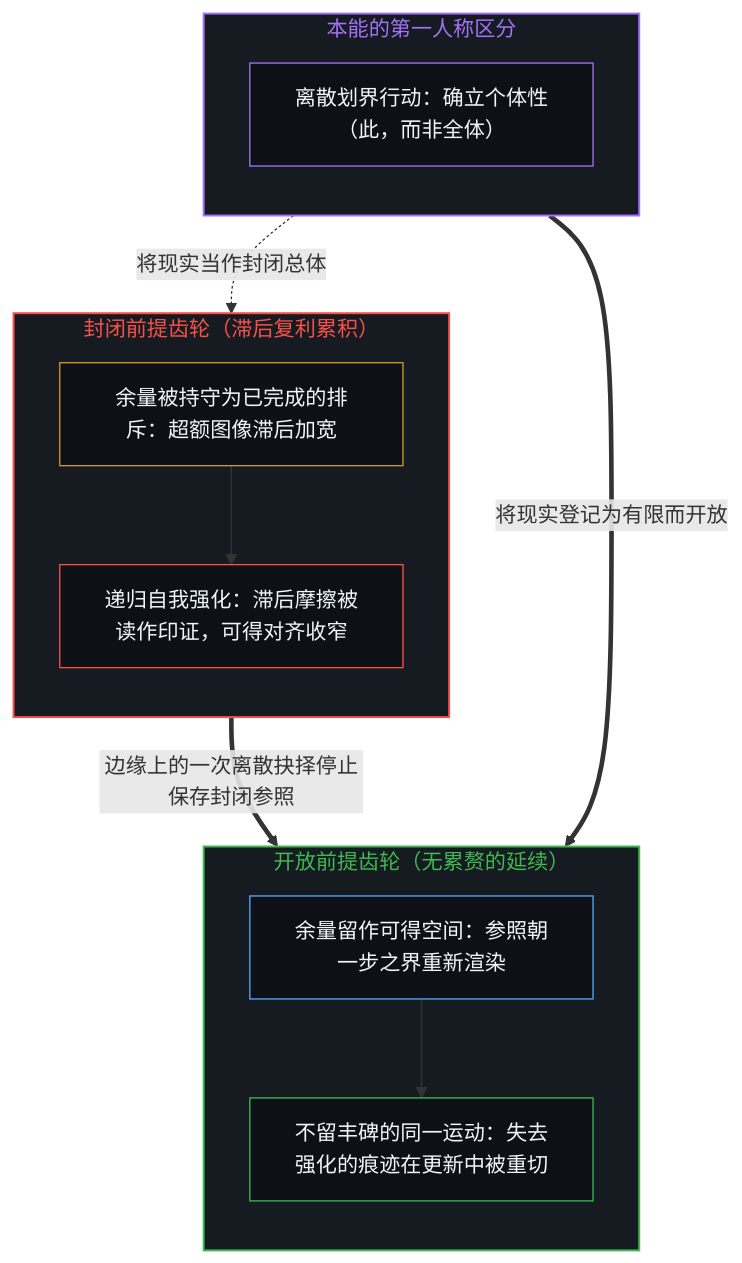
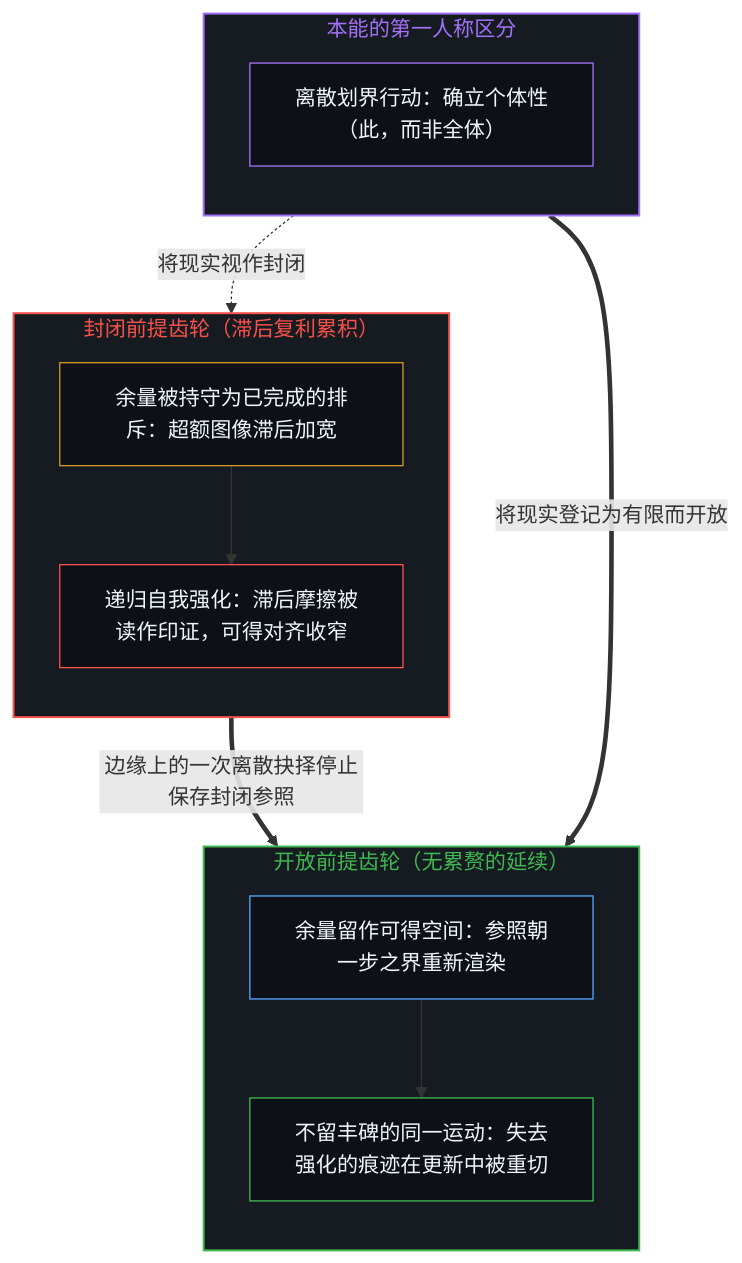
Before and after one commit to powerpig99/not-a-toe: the third of 4 diagrams in content/posts/differentiation-and-the-appearance-of-negation.md, drawn with Mermaid. The commit also changed other lines of this file and 4 other files, not shown here.

````diff
--- a/content/posts/differentiation-and-the-appearance-of-negation.md
+++ b/content/posts/differentiation-and-the-appearance-of-negation.md
@@ -123,30 +123,30 @@
 ```mermaid
 flowchart TD
     subgraph S_Act["本能的第一人称区分"]
         direction TB
         A_Cut["离散划界行动：确立个体性（此，而非全体）"]
     end
     subgraph S_ClosedGear["封闭前提齿轮（滞后复利累积）"]
         direction TB
         CG_Hold["余量被持守为已完成的排斥：超额图像滞后加宽"]
         CG_Comp["递归自我强化：滞后摩擦被读作印证，可得对齐收窄"]
         CG_Hold --> CG_Comp
     end
     subgraph S_OpenGear["开放前提齿轮（无累赘的延续）"]
         direction TB
         OG_Avail["余量留作可得空间：参照朝一步之界重新渲染"]
         OG_Free["不留丰碑的同一运动：失去强化的痕迹在更新中被重切"]
         OG_Avail --> OG_Free
     end
-    A_Cut -.->|"将现实当作封闭总体"| CG_Hold
+    A_Cut -.->|"将现实视作封闭"| CG_Hold
     A_Cut ==>|"将现实登记为有限而开放"| OG_Avail
     CG_Comp ==>|"边缘上的一次离散抉择停止保存封闭参照"| OG_Avail
     style S_Act fill:#161b22,stroke:#a371f7,stroke-width:1.5px,color:#a371f7
     style S_ClosedGear fill:#161b22,stroke:#f85149,stroke-width:1.5px,color:#f85149
     style S_OpenGear fill:#161b22,stroke:#3fb950,stroke-width:1.5px,color:#3fb950
     style A_Cut fill:#0d1117,stroke:#a371f7,stroke-width:1px,color:#f0f6fc
     style CG_Hold fill:#0d1117,stroke:#d29922,stroke-width:1px,color:#f0f6fc
     style CG_Comp fill:#0d1117,stroke:#f85149,stroke-width:1px,color:#f0f6fc
     style OG_Avail fill:#0d1117,stroke:#58a6ff,stroke-width:1px,color:#f0f6fc
     style OG_Free fill:#0d1117,stroke:#3fb950,stroke-width:1px,color:#f0f6fc
 ```
````
